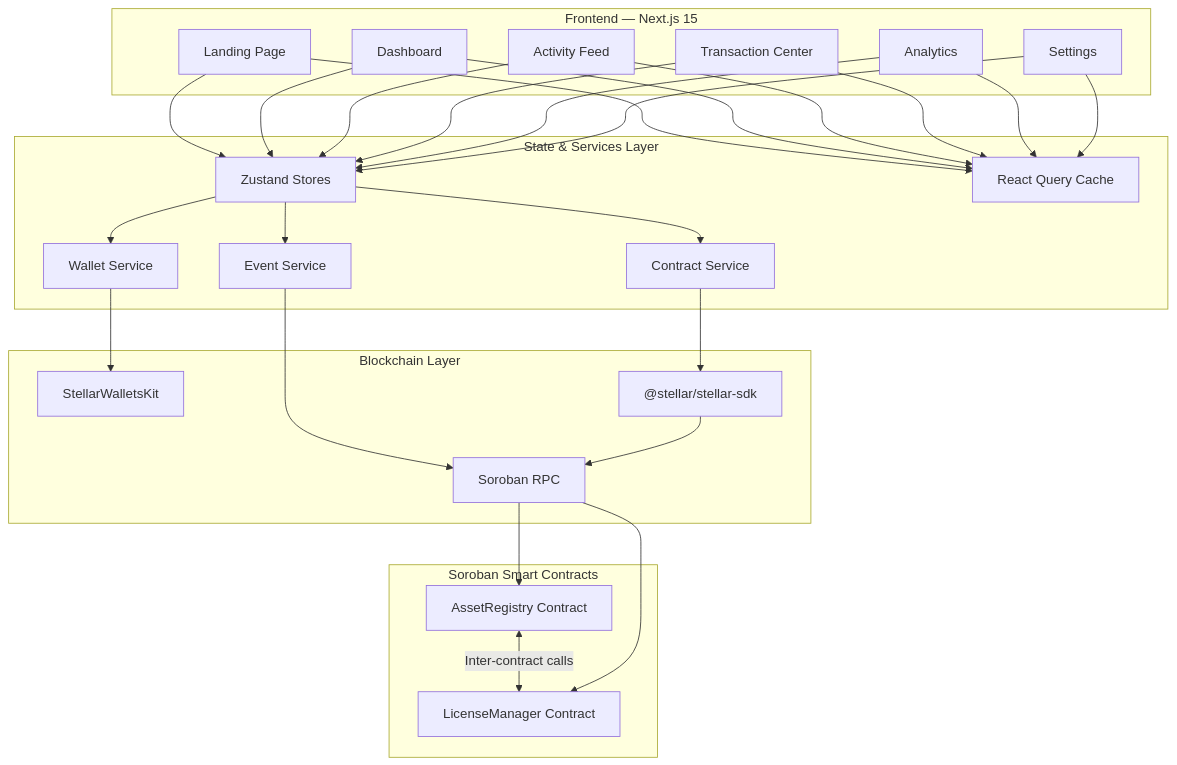
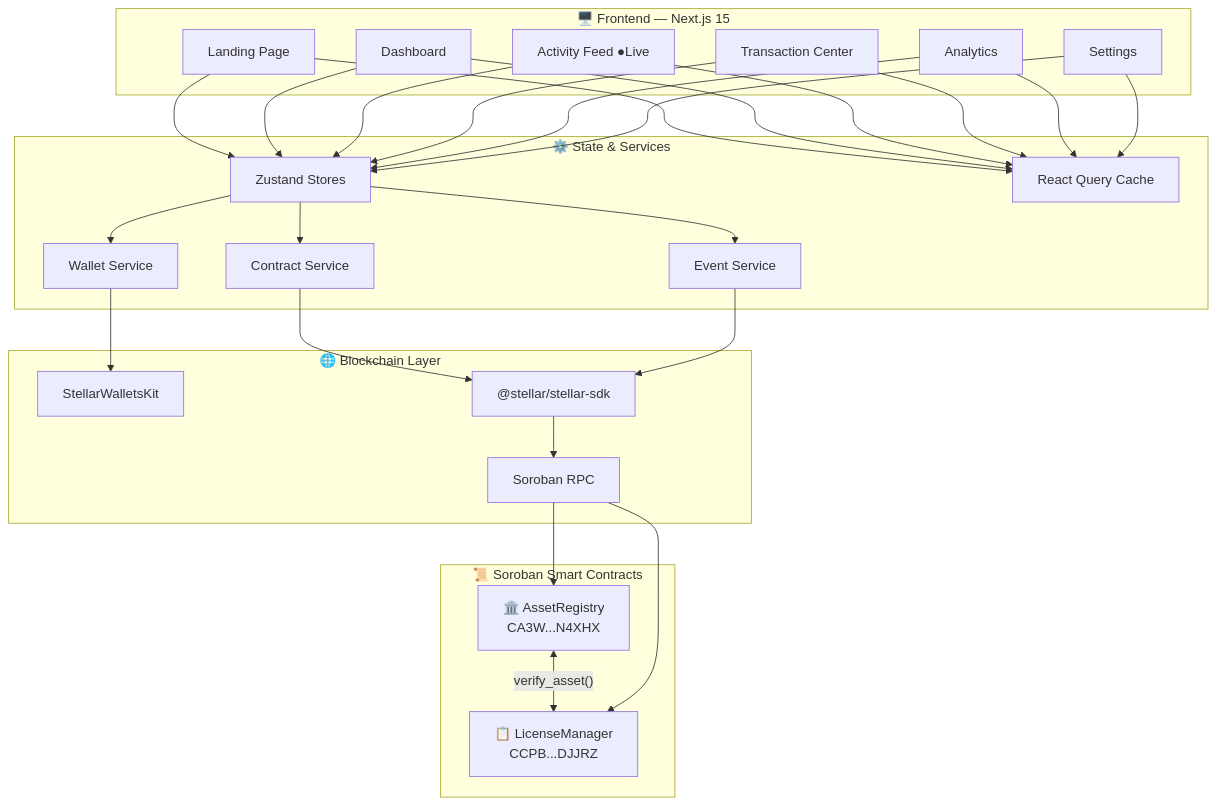
Before and after one commit to thesayancodes/digital_asset_licensing_platform: the first of 2 diagrams in README.md, drawn with Mermaid. The commit also changed other lines of this file, not shown here.

````diff
--- a/README.md
+++ b/README.md
@@ -79,39 +127,38 @@
 ```mermaid
 graph TB
-    subgraph "Frontend — Next.js 15"
+    subgraph "🖥️ Frontend — Next.js 15"
         LP[Landing Page]
         DB[Dashboard]
-        AF[Activity Feed]
+        AF[Activity Feed ●Live]
         TC[Transaction Center]
         AN[Analytics]
         ST[Settings]
     end
 
-    subgraph "State & Services Layer"
+    subgraph "⚙️ State & Services"
         ZS[Zustand Stores]
         RQ[React Query Cache]
         WS[Wallet Service]
         CS[Contract Service]
         ES[Event Service]
     end
 
-    subgraph "Blockchain Layer"
+    subgraph "🌐 Blockchain Layer"
         SWK[StellarWalletsKit]
         SDK["@stellar/stellar-sdk"]
         RPC[Soroban RPC]
     end
 
-    subgraph "Soroban Smart Contracts"
-        AR[AssetRegistry Contract]
-        LM[LicenseManager Contract]
-        AR <-->|Inter-contract calls| LM
+    subgraph "📜 Soroban Smart Contracts"
+        AR["🏛️ AssetRegistry<br/>CA3W...N4XHX"]
+        LM["📋 LicenseManager<br/>CCPB...DJJRZ"]
+        AR <-->|"verify_asset()"| LM
     end
 
     LP & DB & AF & TC & AN & ST --> ZS & RQ
     ZS --> WS & CS & ES
     WS --> SWK
-    CS --> SDK
-    ES --> RPC
+    CS & ES --> SDK
     SDK --> RPC
     RPC --> AR & LM
 ```
````
